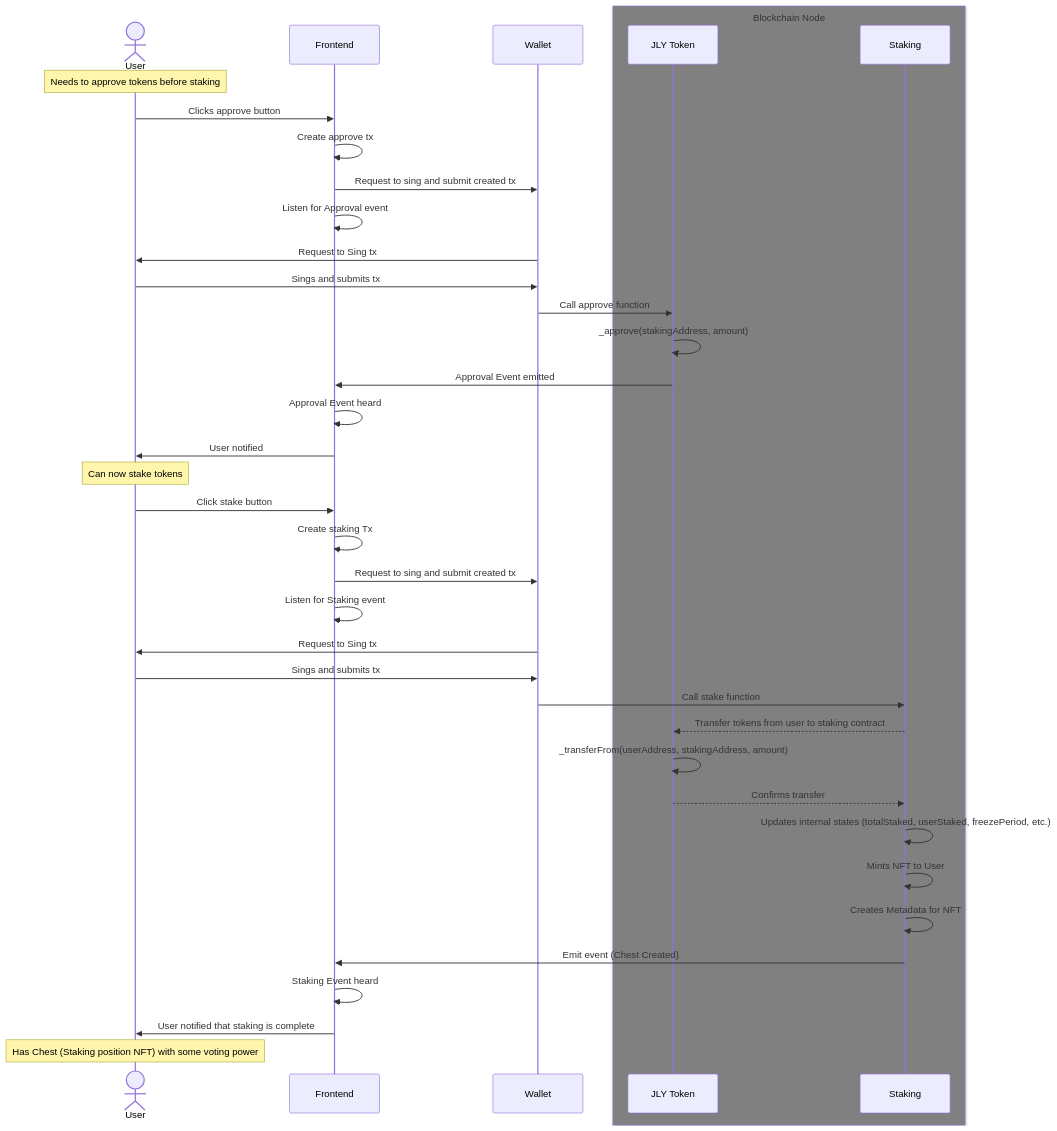
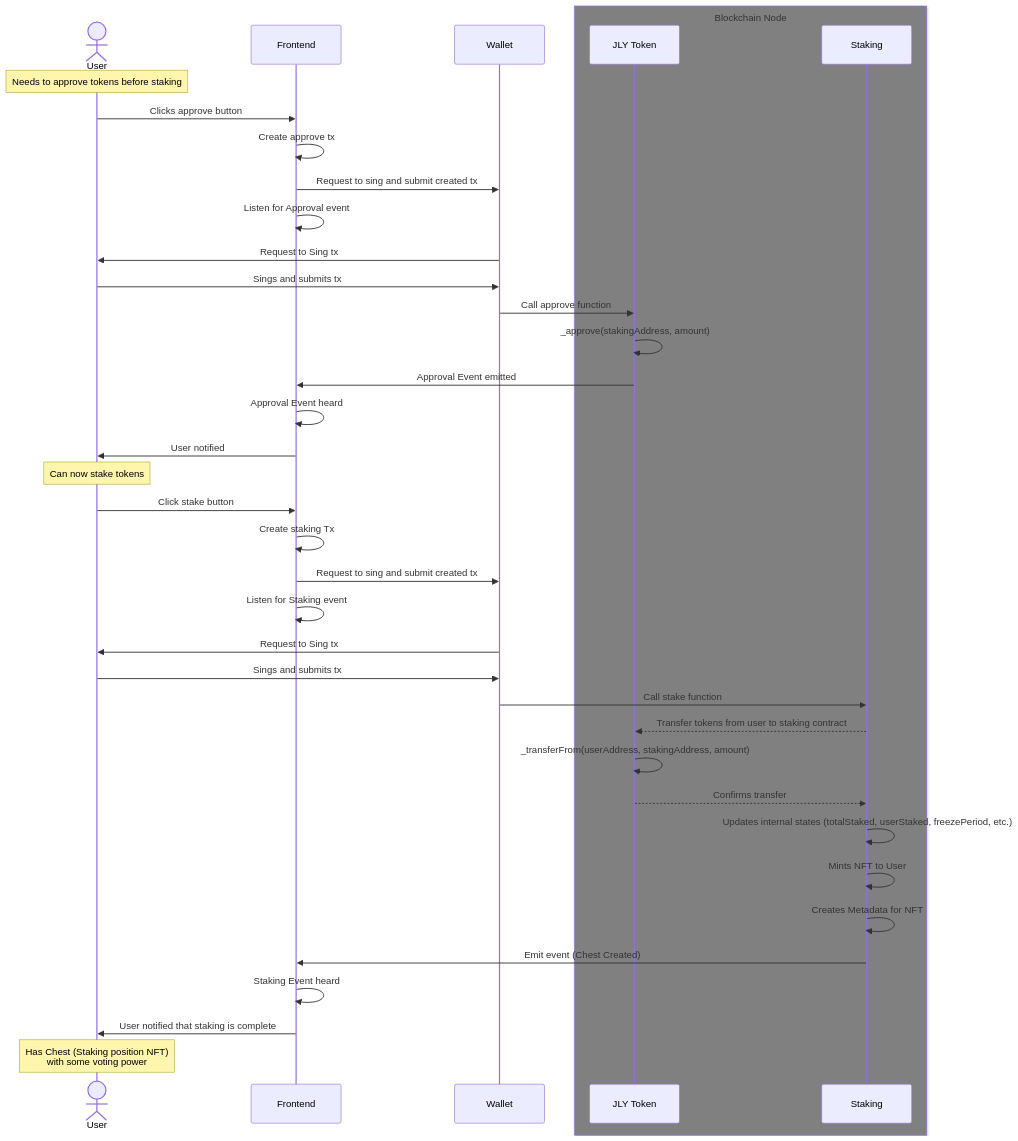
Before and after one commit to omahs/jelly-verse-contracts: the second of 6 diagrams in docs/StakingUml.md, drawn with Mermaid. The commit also changed other lines of this file, not shown here.

````diff
--- a/docs/StakingUml.md
+++ b/docs/StakingUml.md
@@ -42,40 +42,40 @@
 ```mermaid
 sequenceDiagram
     actor A as User
     participant B as Frontend
     participant C as Wallet
     box Gray Blockchain Node 
     participant D as JLY Token
     participant E as Staking
     end
     Note over A: Needs to approve tokens before staking
     A->>B: Clicks approve button
     B->>B: Create approve tx 
     B->>C: Request to sing and submit created tx
     B->>B: Listen for Approval event
     C->>A: Request to Sing tx
     A->>C: Sings and submits tx
     C->>D: Call approve function
     D->>D: _approve(stakingAddress, amount)
     D->>B: Approval Event emitted
     B->>B: Approval Event heard
     B->>A: User notified
     Note over A: Can now stake tokens
     A->>B: Click stake button
     B->>B: Create staking Tx
     B->>C: Request to sing and submit created tx
     B->>B: Listen for Staking event
     C->>A: Request to Sing tx
     A->>C: Sings and submits tx
     C->>E: Call stake function
     E-->>D: Transfer tokens from user to staking contract
     D->>D: _transferFrom(userAddress, stakingAddress, amount)
     D-->>E: Confirms transfer
     E->>E: Updates internal states (totalStaked, userStaked, freezePeriod, etc.)
     E->>E: Mints NFT to User
     E->>E: Creates Metadata for NFT
     E->>B: Emit event (Chest Created)
     B->>B: Staking Event heard
     B->>A: User notified that staking  is complete
-    Note over A: Has Chest (Staking position NFT) with some voting power
+    Note over A: Has Chest (Staking position NFT) <br/>with some voting power
 ```
````
